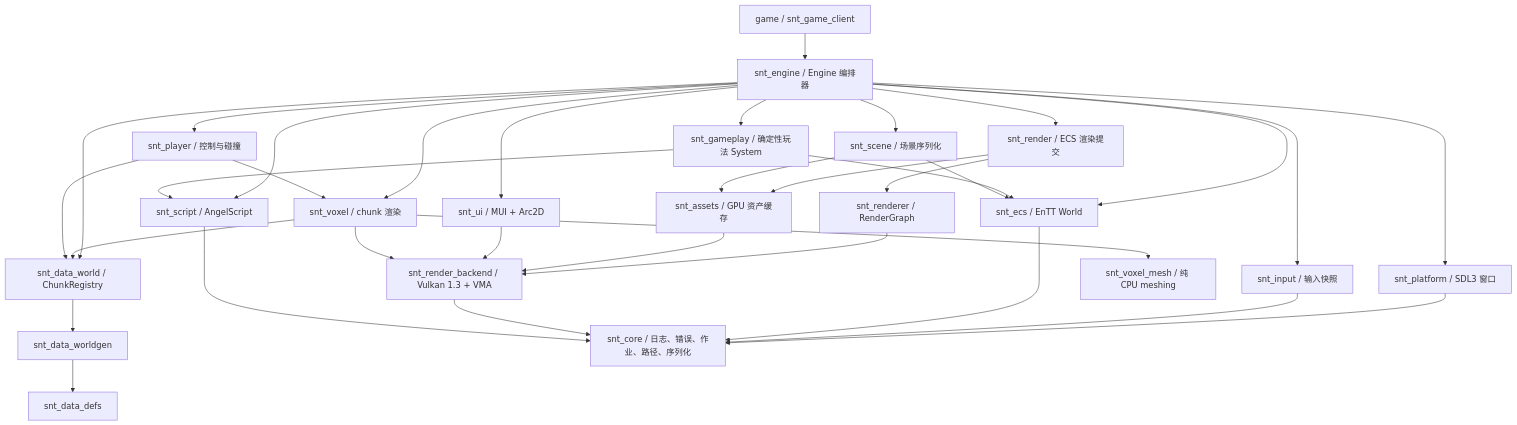
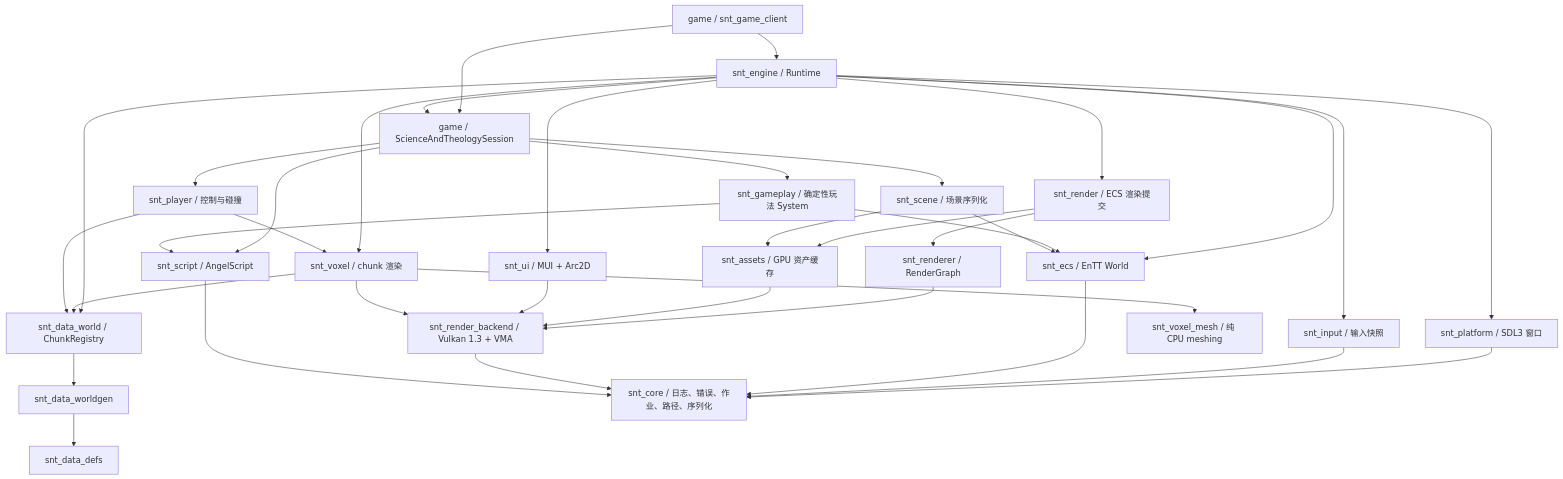
The diagram in docs/自研引擎架构设计.md (yuanju-qwq/ScienceAndTheology), drawn with Mermaid before and after one commit. The commit also changed other lines of this file and 12 other files, not shown here.

First line of the commit message:
feat(game, engine): 实现Runtime+IGameSession游戏内容边界迁移

````diff
--- a/docs/自研引擎架构设计.md
+++ b/docs/自研引擎架构设计.md
@@ -77,39 +79,41 @@
 ```mermaid
 flowchart TD
-    Host["game / snt_game_client"] --> Engine["snt_engine / Engine 编排器"]
+    Host["game / snt_game_client"] --> Runtime["snt_engine / Runtime"]
+    Host --> Session["game / ScienceAndTheologySession"]
+    Runtime --> Session
 
-    Engine --> Platform["snt_platform / SDL3 窗口"]
-    Engine --> Input["snt_input / 输入快照"]
-    Engine --> ECS["snt_ecs / EnTT World"]
-    Engine --> Render["snt_render / ECS 渲染提交"]
-    Engine --> UI["snt_ui / MUI + Arc2D"]
-    Engine --> Voxel["snt_voxel / chunk 渲染"]
-    Engine --> Player["snt_player / 控制与碰撞"]
-    Engine --> Scene["snt_scene / 场景序列化"]
-    Engine --> Script["snt_script / AngelScript"]
-    Engine --> Gameplay["snt_gameplay / 确定性玩法 System"]
-    Engine --> DataWorld["snt_data_world / ChunkRegistry"]
+    Runtime --> Platform["snt_platform / SDL3 窗口"]
+    Runtime --> Input["snt_input / 输入快照"]
+    Runtime --> ECS["snt_ecs / EnTT World"]
+    Runtime --> Render["snt_render / ECS 渲染提交"]
+    Runtime --> UI["snt_ui / MUI + Arc2D"]
+    Runtime --> Voxel["snt_voxel / chunk 渲染"]
+    Runtime --> DataWorld["snt_data_world / ChunkRegistry"]
+    Session --> Player["snt_player / 控制与碰撞"]
+    Session --> Scene["snt_scene / 场景序列化"]
+    Session --> Script["snt_script / AngelScript"]
+    Session --> Gameplay["snt_gameplay / 确定性玩法 System"]
     Gameplay --> ECS
     Gameplay --> Script
 
     Render --> Renderer["snt_renderer / RenderGraph"]
     Render --> Assets["snt_assets / GPU 资产缓存"]
     Renderer --> Backend["snt_render_backend / Vulkan 1.3 + VMA"]
     Assets --> Backend
     UI --> Backend
     Voxel --> Backend
     Voxel --> VoxelMesh["snt_voxel_mesh / 纯 CPU meshing"]
     Voxel --> DataWorld
     Player --> Voxel
     Player --> DataWorld
     Scene --> ECS
     Scene --> Assets
     DataWorld --> WorldGen["snt_data_worldgen"]
     WorldGen --> DataDefs["snt_data_defs"]
     Core["snt_core / 日志、错误、作业、路径、序列化"]
     Platform --> Core
     Input --> Core
     ECS --> Core
     Backend --> Core
     Script --> Core
 ```
````
